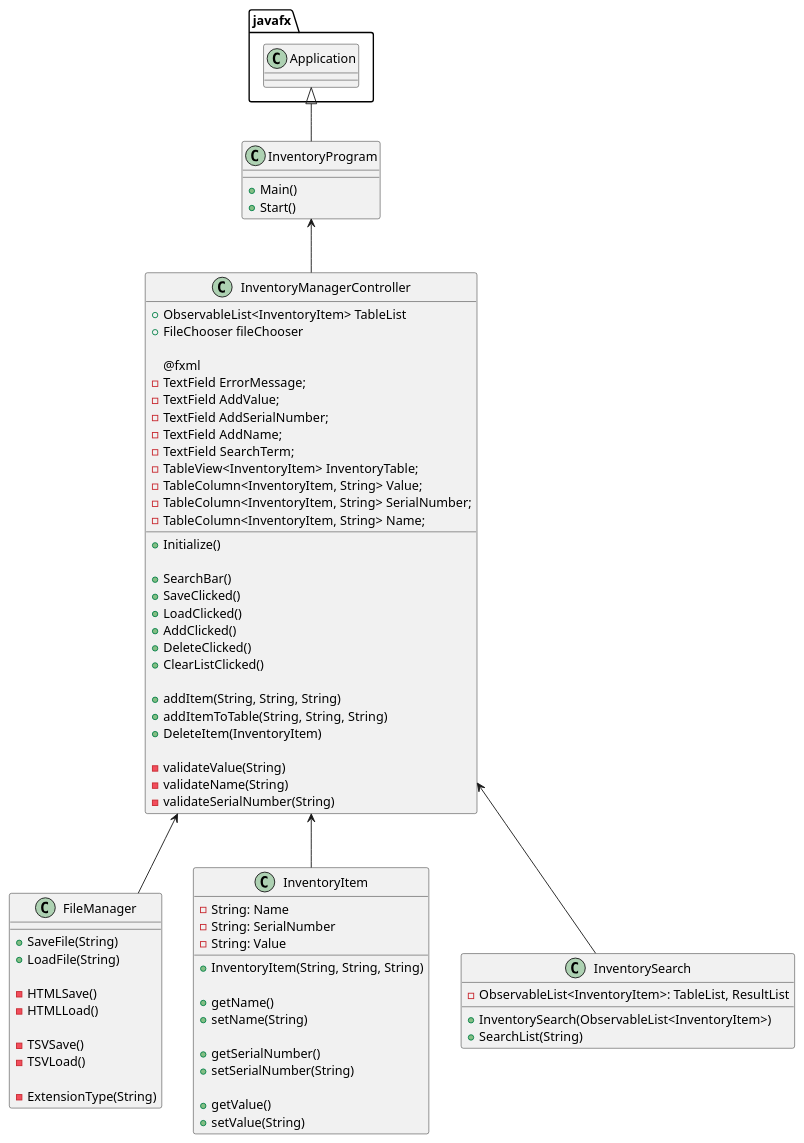
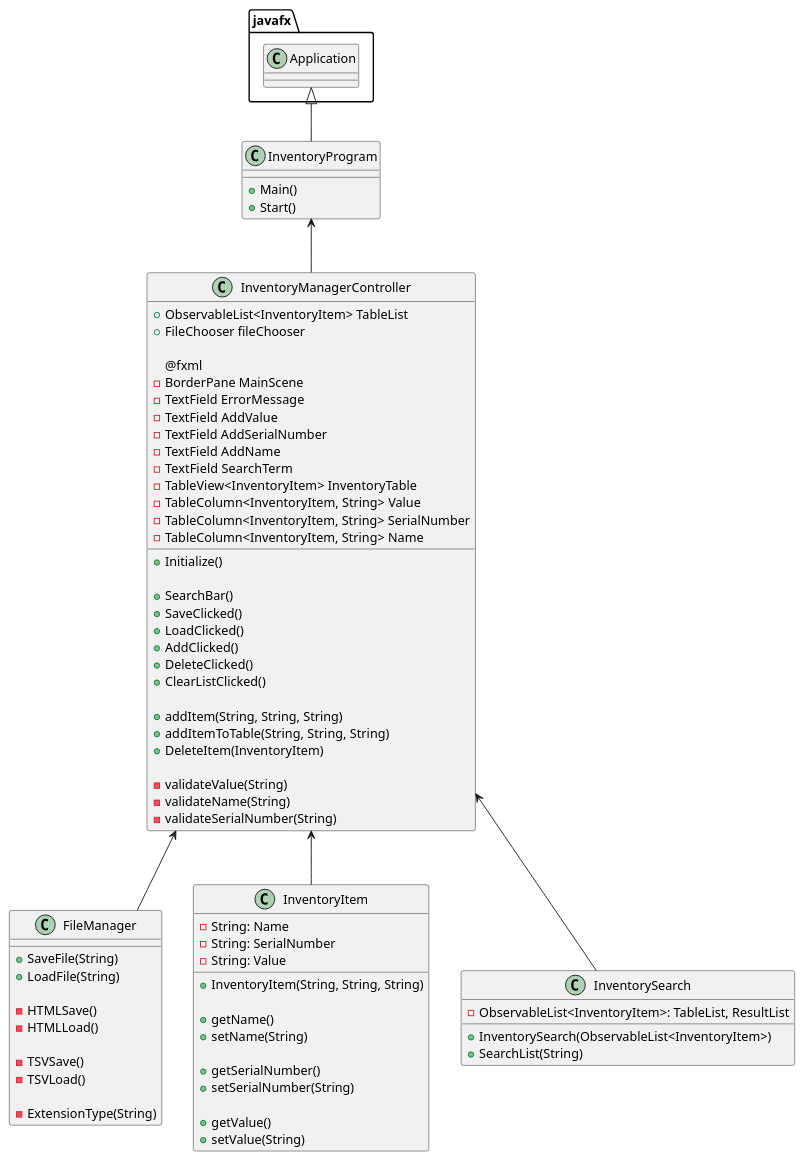
The diagram in UML/Main.puml (Chabs64/higgins-1720-a5), drawn with PlantUML before and after one commit.

Commit message:
Final UML update

```diff
--- a/UML/Main.puml
+++ b/UML/Main.puml
@@ -1,94 +1,95 @@
 @startuml
 
 javafx.Application <|-- InventoryProgram
 InventoryProgram <-- InventoryManagerController
 InventoryManagerController <-- FileManager
 
 InventoryManagerController <-- InventoryItem
 InventoryManagerController <-- InventorySearch
 
 class InventoryProgram
 {
     + Main()
     + Start()
 }
 
 
 class InventoryManagerController
 {
     + ObservableList<InventoryItem> TableList
     + FileChooser fileChooser
 
     @fxml
-    - TextField ErrorMessage;
-    - TextField AddValue;
-    - TextField AddSerialNumber;
-    - TextField AddName;
-    - TextField SearchTerm;
-    - TableView<InventoryItem> InventoryTable;
-    - TableColumn<InventoryItem, String> Value;
-    - TableColumn<InventoryItem, String> SerialNumber;
-    - TableColumn<InventoryItem, String> Name;
+    - BorderPane MainScene
+    - TextField ErrorMessage
+    - TextField AddValue
+    - TextField AddSerialNumber
+    - TextField AddName
+    - TextField SearchTerm
+    - TableView<InventoryItem> InventoryTable
+    - TableColumn<InventoryItem, String> Value
+    - TableColumn<InventoryItem, String> SerialNumber
+    - TableColumn<InventoryItem, String> Name
 
     + Initialize()
 
     + SearchBar()
     + SaveClicked()
     + LoadClicked()
     + AddClicked()
     + DeleteClicked()
     + ClearListClicked()
 
     + addItem(String, String, String)
     + addItemToTable(String, String, String)
     + DeleteItem(InventoryItem)
 
     - validateValue(String)
     - validateName(String)
     - validateSerialNumber(String)
 }
 
 
 class InventorySearch
 {
     - ObservableList<InventoryItem>: TableList, ResultList
 
     + InventorySearch(ObservableList<InventoryItem>)
     + SearchList(String)
 }
 
 
 class InventoryItem
 {
     - String: Name
     - String: SerialNumber
     - String: Value
 
     + InventoryItem(String, String, String)
 
     + getName()
     + setName(String)
 
     + getSerialNumber()
     + setSerialNumber(String)
 
     + getValue()
     + setValue(String)
 }
 
 
 class FileManager
 {
     + SaveFile(String)
     + LoadFile(String)
 
     - HTMLSave()
     - HTMLLoad()
 
     - TSVSave()
     - TSVLoad()
 
     - ExtensionType(String)
 }
 
 @enduml
```
